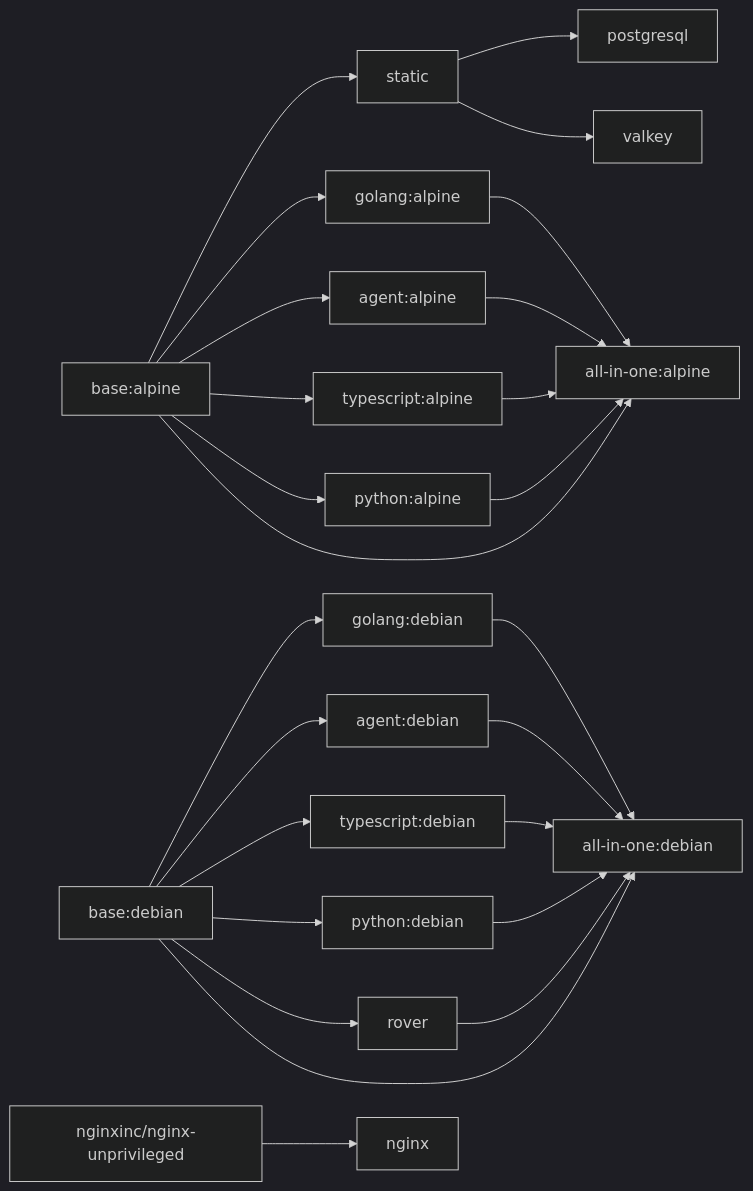
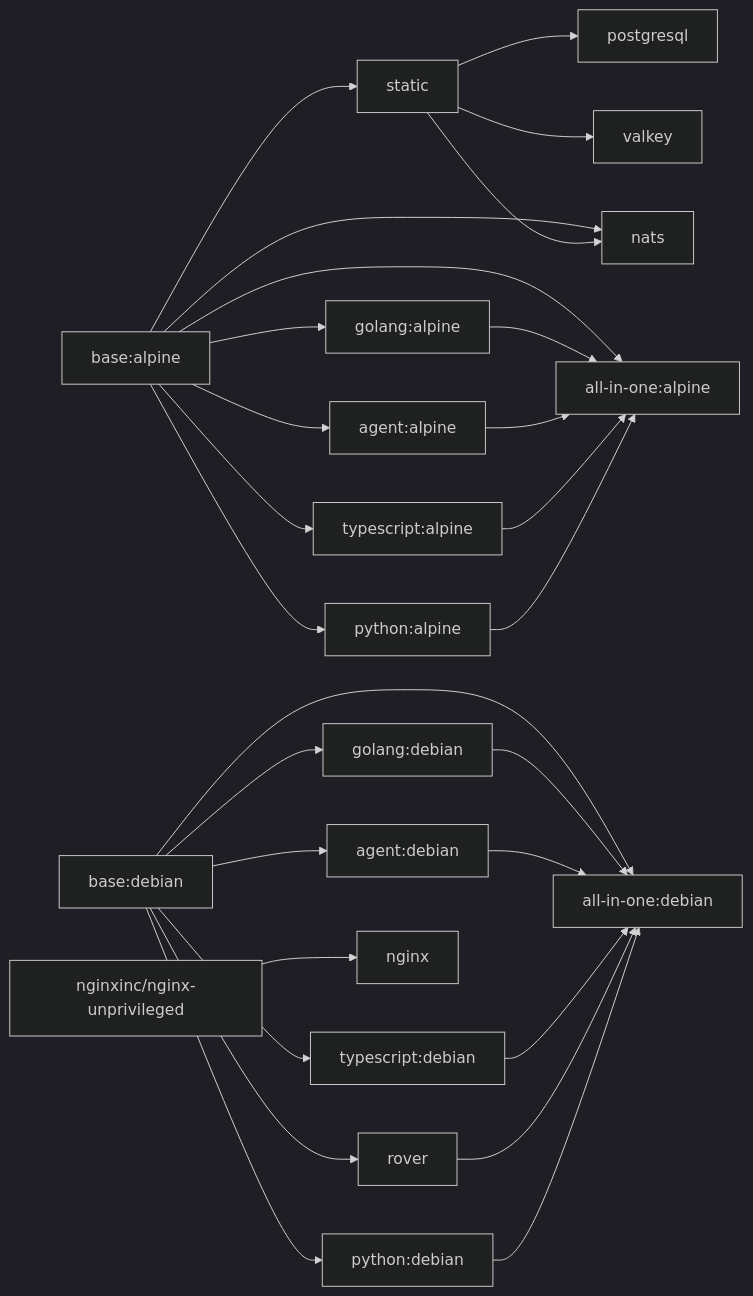
The diagram in README.md (pyck-ai/baseimages), drawn with Mermaid (dark theme) before and after one commit. The commit also changed other lines of this file and 6 other files, not shown here.

````diff
--- a/README.md
+++ b/README.md
@@ -127,35 +128,37 @@
 ```mermaid
 graph LR
   base-alpine["base:alpine"]
   base-debian["base:debian"]
   nginx-base["nginxinc/nginx-unprivileged"]
 
   base-alpine --> static
   base-alpine --> golang-alpine["golang:alpine"]
   base-alpine --> agent-alpine["agent:alpine"]
   base-alpine --> typescript-alpine["typescript:alpine"]
   base-alpine --> python-alpine["python:alpine"]
 
   base-debian --> golang-debian["golang:debian"]
   base-debian --> agent-debian["agent:debian"]
   base-debian --> typescript-debian["typescript:debian"]
   base-debian --> python-debian["python:debian"]
   base-debian --> rover
 
   base-alpine --> aio-alpine["all-in-one:alpine"]
   golang-alpine --> aio-alpine
   agent-alpine --> aio-alpine
   typescript-alpine --> aio-alpine
   python-alpine --> aio-alpine
 
   base-debian --> aio-debian["all-in-one:debian"]
   golang-debian --> aio-debian
   agent-debian --> aio-debian
   typescript-debian --> aio-debian
   rover --> aio-debian
   python-debian --> aio-debian
 
   nginx-base --> nginx
   static --> postgresql
   static --> valkey
+  base-alpine --> nats
+  static --> nats
 ```
````
